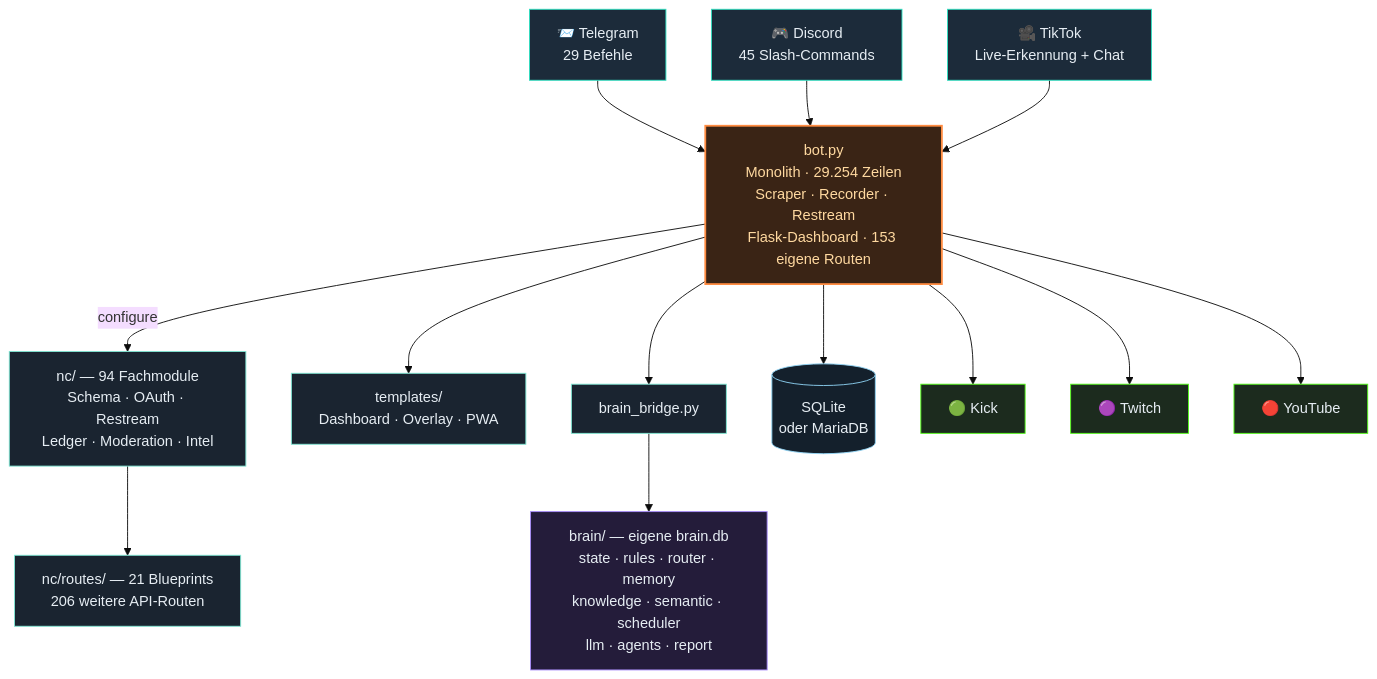
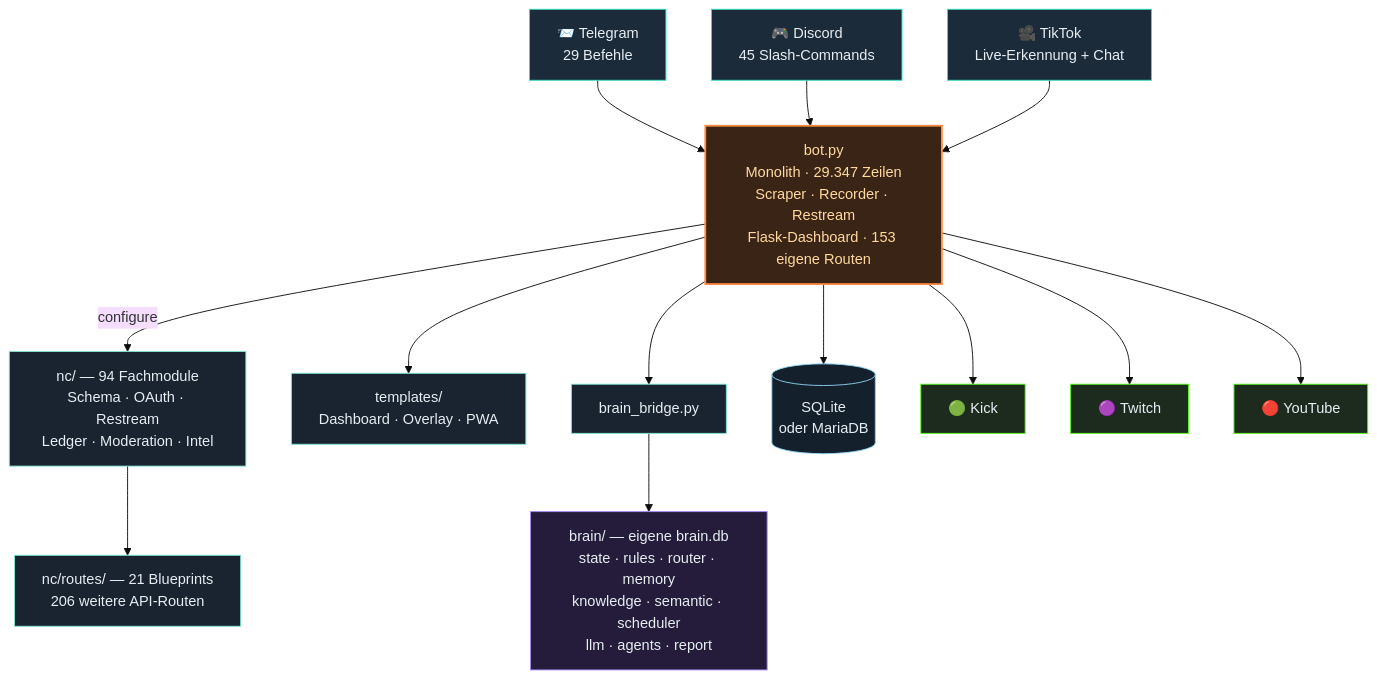
The third of 4 diagrams in README.md (itsamemedev/Telegram-Stream-Info-Bot), drawn with Mermaid (base theme) before and after one commit. The commit also changed other lines of this file and 17 other files, not shown here.

````diff
--- a/README.md
+++ b/README.md
@@ -189,30 +189,30 @@
 ```mermaid
 flowchart TB
     TG["📨 Telegram<br/>29 Befehle"]:::ein
     DC["🎮 Discord<br/>45 Slash-Commands"]:::ein
     TT["🎥 TikTok<br/>Live-Erkennung + Chat"]:::ein
 
     TG --> BOT
     DC --> BOT
     TT --> BOT
 
-    BOT["bot.py<br/>Monolith · 29.254 Zeilen<br/>Scraper · Recorder · Restream<br/>Flask-Dashboard · 153 eigene Routen"]:::core
+    BOT["bot.py<br/>Monolith · 29.347 Zeilen<br/>Scraper · Recorder · Restream<br/>Flask-Dashboard · 153 eigene Routen"]:::core
 
     BOT -->|configure| NC["nc/ — 94 Fachmodule<br/>Schema · OAuth · Restream<br/>Ledger · Moderation · Intel"]:::lib
     NC --> RT["nc/routes/ — 21 Blueprints<br/>206 weitere API-Routen"]:::lib
     BOT --> TPL["templates/<br/>Dashboard · Overlay · PWA"]:::lib
     BOT --> BR["brain_bridge.py"]:::lib
     BR --> BRAIN["brain/ — eigene brain.db<br/>state · rules · router · memory<br/>knowledge · semantic · scheduler<br/>llm · agents · report"]:::brain
     BOT --> DB[("SQLite<br/>oder MariaDB")]:::db
 
     BOT --> KICK["🟢 Kick"]:::out
     BOT --> TW["🟣 Twitch"]:::out
     BOT --> YT["🔴 YouTube"]:::out
 
     classDef ein fill:#1c2b3a,stroke:#2de1c2,color:#e6edf3
     classDef core fill:#3a2415,stroke:#ff8c42,stroke-width:2px,color:#ffd9a0
     classDef lib fill:#1a2430,stroke:#7fe7d4,color:#e6edf3
     classDef brain fill:#241c3a,stroke:#a78bfa,color:#e6edf3
     classDef db fill:#14202c,stroke:#8fd3f4,color:#e6edf3
     classDef out fill:#1c2b1e,stroke:#53fc18,color:#e6edf3
 ```
````
